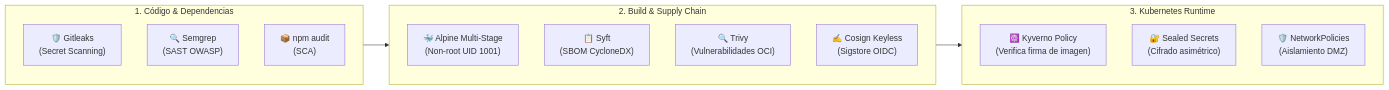
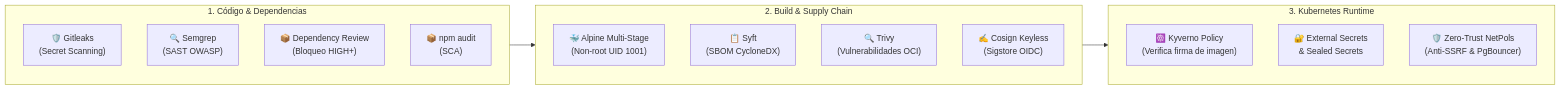
One commit to rocapellino/pokedex changed the second of 3 diagrams in README.md. Above: the diagram before and after it, drawn with Mermaid. The commit also changed other lines of this file and 8 other files, not shown here.

Commit message:
docs: update comprehensive technical documentation across architecture, security, helm, devops and runbooks

````diff
--- a/README.md
+++ b/README.md
@@ -218,23 +218,24 @@
 ```mermaid
 flowchart LR
     subgraph S1["1. Código & Dependencias"]
         GITLEAKS["🛡️ Gitleaks\n(Secret Scanning)"]
         SEMGREP["🔍 Semgrep\n(SAST OWASP)"]
+        DEP_REV["📦 Dependency Review\n(Bloqueo HIGH+)"]
         NPM_AUDIT["📦 npm audit\n(SCA)"]
     end
 
     subgraph S2["2. Build & Supply Chain"]
         DOCKER["🐳 Alpine Multi-Stage\n(Non-root UID 1001)"]
         SYFT["📋 Syft\n(SBOM CycloneDX)"]
         TRIVY["🔍 Trivy\n(Vulnerabilidades OCI)"]
         COSIGN["✍️ Cosign Keyless\n(Sigstore OIDC)"]
     end
 
     subgraph S3["3. Kubernetes Runtime"]
         KYVERNO["☸️ Kyverno Policy\n(Verifica firma de imagen)"]
-        SEALED["🔐 Sealed Secrets\n(Cifrado asimétrico)"]
-        NETPOL["🛡️ NetworkPolicies\n(Aislamiento DMZ)"]
+        ESO["🔐 External Secrets\n& Sealed Secrets"]
+        NETPOL["🛡️ Zero-Trust NetPols\n(Anti-SSRF & PgBouncer)"]
     end
 
     S1 --> S2 --> S3
 ```
````
